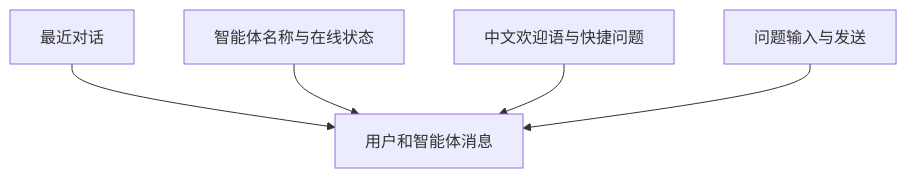
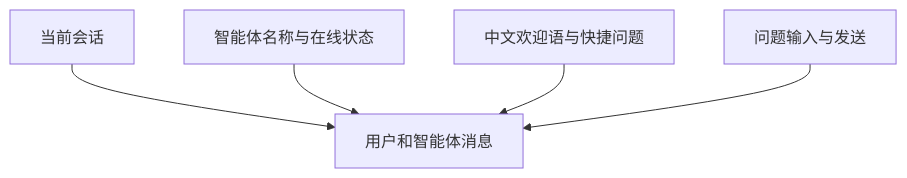
The second of 3 diagrams in docs/modules/agent-eyoucms-page.md (yiting001/agent), drawn with Mermaid before and after one commit. The commit also changed other lines of this file and 140 other files, not shown here.

````diff
--- a/docs/modules/agent-eyoucms-page.md
+++ b/docs/modules/agent-eyoucms-page.md
@@ -68,13 +68,13 @@
 ```mermaid
 flowchart TD
-  History[最近对话]
+  History[当前会话]
   Header[智能体名称与在线状态]
   Welcome[中文欢迎语与快捷问题]
   Messages[用户和智能体消息]
   Composer[问题输入与发送]
 
   History --> Messages
   Header --> Messages
   Welcome --> Messages
   Composer --> Messages
 ```
````
